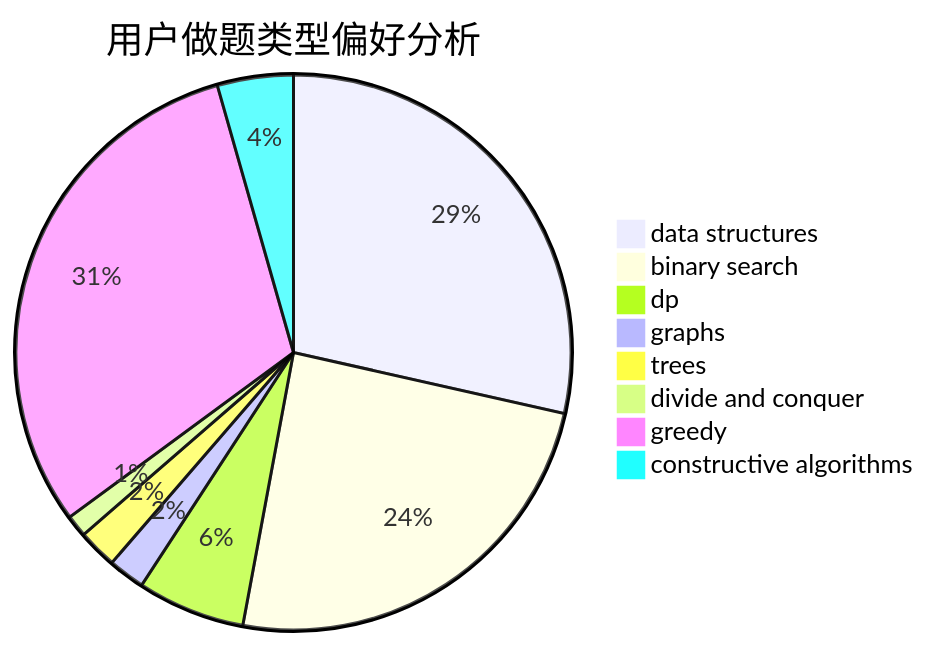
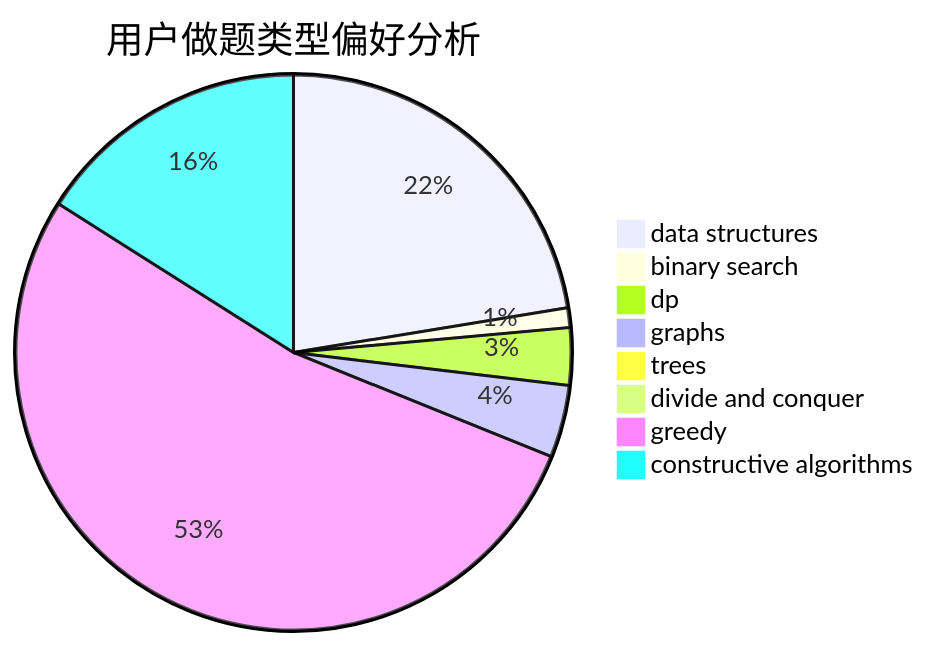
One commit to sherpahu/cfrs.github.io changed the second of 3 diagrams in docs/user/u1240.md. Above: the diagram before and after it, drawn with Mermaid. The commit also changed other lines of this file and 2770 other files, not shown here.

````diff
--- a/docs/user/u1240.md
+++ b/docs/user/u1240.md
@@ -23,11 +23,11 @@
 ```mermaid
 pie title 用户做题类型偏好分析
-    "data structures" :  200
-    "binary search" :  171
-    "dp" :  44
-    "graphs" :  15
-    "trees" :  16
-    "divide and conquer" :  9
-    "greedy" :  215
-    "constructive algorithms" :  31
+    "data structures" :  410
+    "binary search" :  21
+    "dp" :  61
+    "graphs" :  77
+    "trees" :  7
+    "divide and conquer" :  1
+    "greedy" :  967
+    "constructive algorithms" :  293
 ```
````
